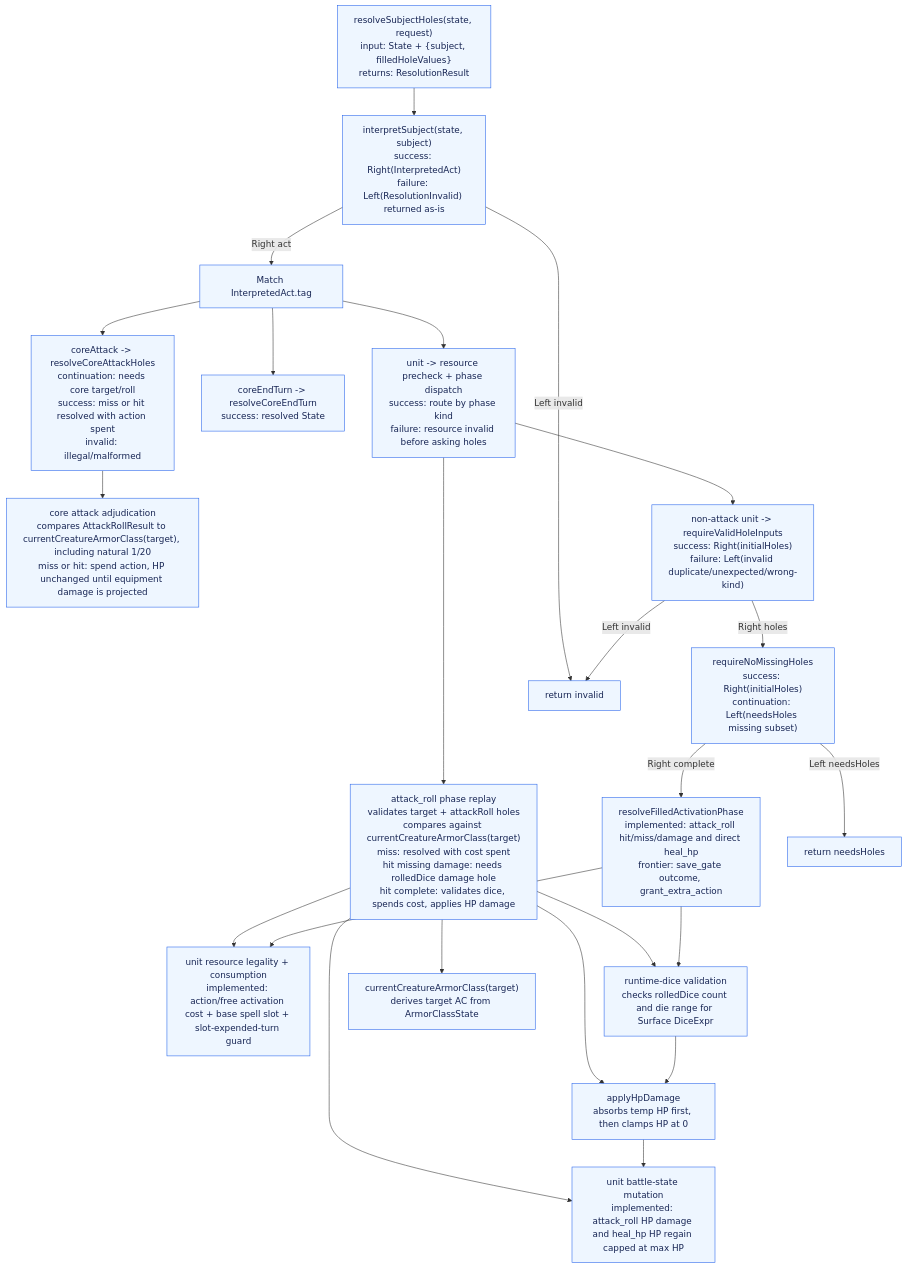
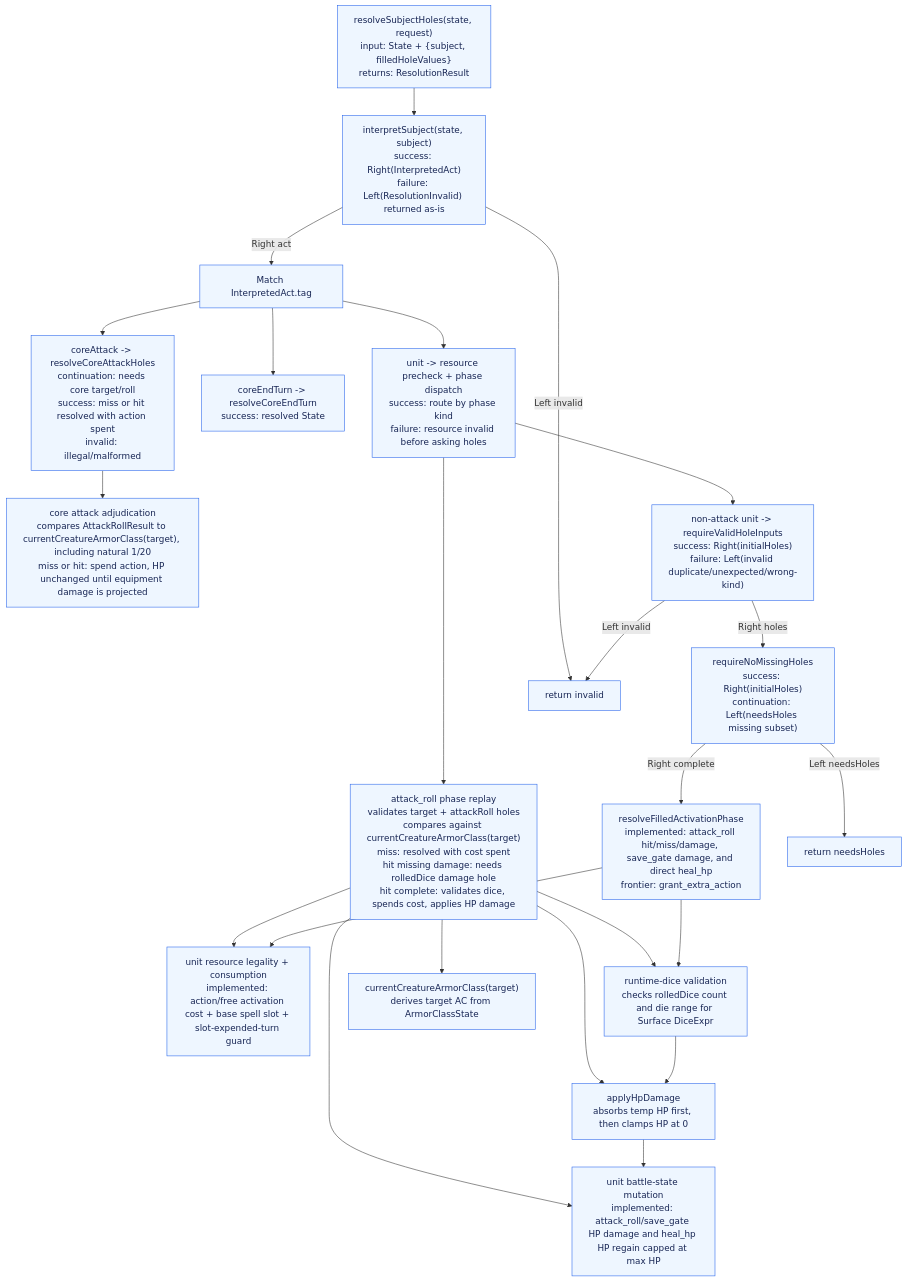
Before and after one commit to dearlordylord/5e-quint: the fourth of 7 diagrams in packages/surface-runtime-correction/ARCHITECTURE_GRAPH.md, drawn with Mermaid. The commit also changed other lines of this file and 9 other files, not shown here.

Commit message:
Implement save gate damage resolution

````diff
--- a/packages/surface-runtime-correction/ARCHITECTURE_GRAPH.md
+++ b/packages/surface-runtime-correction/ARCHITECTURE_GRAPH.md
@@ -157,44 +165,44 @@
 ```mermaid
 flowchart TD
   Resolve["resolveSubjectHoles(state, request)<br/>input: State + {subject, filledHoleValues}<br/>returns: ResolutionResult"]
   Interpret["interpretSubject(state, subject)<br/>success: Right(InterpretedAct)<br/>failure: Left(ResolutionInvalid) returned as-is"]
   Match["Match InterpretedAct.tag"]
 
   CoreAttackResolve["coreAttack -> resolveCoreAttackHoles<br/>continuation: needs core target/roll<br/>success: miss or hit resolved with action spent<br/>invalid: illegal/malformed"]
   CoreAttackAdjudication["core attack adjudication<br/>compares AttackRollResult to currentCreatureArmorClass(target), including natural 1/20<br/>miss or hit: spend action, HP unchanged until equipment damage is projected"]
   EndTurnResolve["coreEndTurn -> resolveCoreEndTurn<br/>success: resolved State"]
   UnitDispatch["unit -> resource precheck + phase dispatch<br/>success: route by phase kind<br/>failure: resource invalid before asking holes"]
   AttackRollPhase["attack_roll phase replay<br/>validates target + attackRoll holes<br/>compares against currentCreatureArmorClass(target)<br/>miss: resolved with cost spent<br/>hit missing damage: needs rolledDice damage hole<br/>hit complete: validates dice, spends cost, applies HP damage"]
   NonAttackValidInputs["non-attack unit -> requireValidHoleInputs<br/>success: Right(initialHoles)<br/>failure: Left(invalid duplicate/unexpected/wrong-kind)"]
   Missing["requireNoMissingHoles<br/>success: Right(initialHoles)<br/>continuation: Left(needsHoles missing subset)"]
-  PhaseExec["resolveFilledActivationPhase<br/>implemented: attack_roll hit/miss/damage and direct heal_hp<br/>frontier: save_gate outcome, grant_extra_action"]
+  PhaseExec["resolveFilledActivationPhase<br/>implemented: attack_roll hit/miss/damage, save_gate damage, and direct heal_hp<br/>frontier: grant_extra_action"]
   UnitResource["unit resource legality + consumption<br/>implemented: action/free activation cost + base spell slot + slot-expended-turn guard"]
-  UnitMutation["unit battle-state mutation<br/>implemented: attack_roll HP damage and heal_hp HP regain capped at max HP"]
+  UnitMutation["unit battle-state mutation<br/>implemented: attack_roll/save_gate HP damage and heal_hp HP regain capped at max HP"]
   RuntimeDice["runtime-dice validation<br/>checks rolledDice count and die range for Surface DiceExpr"]
   ArmorClass["currentCreatureArmorClass(target)<br/>derives target AC from ArmorClassState"]
   Damage["applyHpDamage<br/>absorbs temp HP first, then clamps HP at 0"]
 
   Resolve --> Interpret
   Interpret -->|Left invalid| Invalid["return invalid"]
   Interpret -->|Right act| Match
   Match --> CoreAttackResolve --> CoreAttackAdjudication
   Match --> EndTurnResolve
   Match --> UnitDispatch
   UnitDispatch --> AttackRollPhase
   AttackRollPhase --> ArmorClass
   AttackRollPhase --> RuntimeDice
   AttackRollPhase --> Damage
   AttackRollPhase --> UnitResource
   AttackRollPhase --> UnitMutation
   UnitDispatch --> NonAttackValidInputs
   NonAttackValidInputs -->|Left invalid| Invalid
   NonAttackValidInputs -->|Right holes| Missing
   Missing -->|Left needsHoles| Needs["return needsHoles"]
   Missing -->|Right complete| PhaseExec
   PhaseExec --> RuntimeDice --> Damage --> UnitMutation
   PhaseExec --> UnitResource
 
   classDef missing fill:#fff1f0,stroke:#c2410c,stroke-width:2px,stroke-dasharray: 6 4,color:#7c2d12;
   classDef implemented fill:#eef6ff,stroke:#2563eb,color:#172554;
   class Resolve,Interpret,Match,CoreAttackResolve,CoreAttackAdjudication,EndTurnResolve,UnitDispatch,AttackRollPhase,NonAttackValidInputs,Missing,PhaseExec,RuntimeDice,ArmorClass,Damage,UnitResource,UnitMutation,Invalid,Needs implemented;
 ```
````
